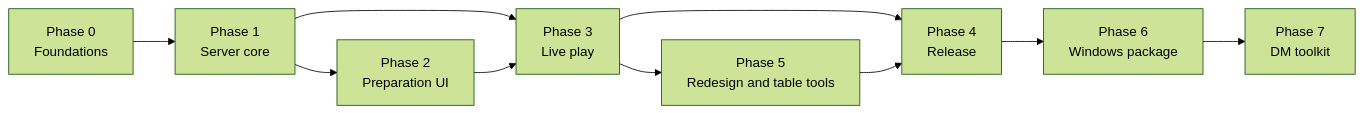
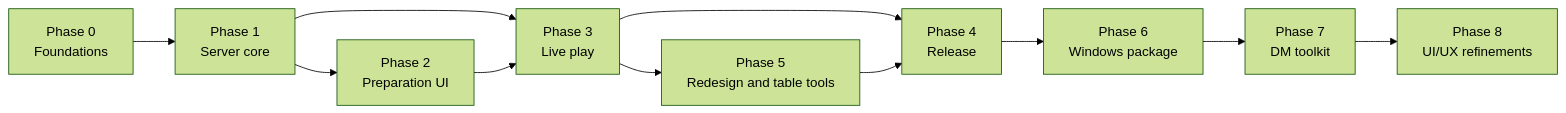
Before and after one commit to giorgosroussos/dnd-vtt: the diagram in specs/13-implementation-plan.md, drawn with Mermaid (forest theme). The commit also changed other lines of this file and 15 other files, not shown here.

````diff
--- a/specs/13-implementation-plan.md
+++ b/specs/13-implementation-plan.md
@@ -11,12 +11,13 @@
 ```mermaid
 flowchart LR
   P0["Phase 0<br/>Foundations"] --> P1["Phase 1<br/>Server core"]
   P1 --> P2["Phase 2<br/>Preparation UI"]
   P1 --> P3["Phase 3<br/>Live play"]
   P2 --> P3
   P3 --> P4["Phase 4<br/>Release"]
   P3 --> P5["Phase 5<br/>Redesign and table tools"]
   P5 --> P4
   P4 --> P6["Phase 6<br/>Windows package"]
   P6 --> P7["Phase 7<br/>DM toolkit"]
+  P7 --> P8["Phase 8<br/>UI/UX refinements"]
 ```
````
